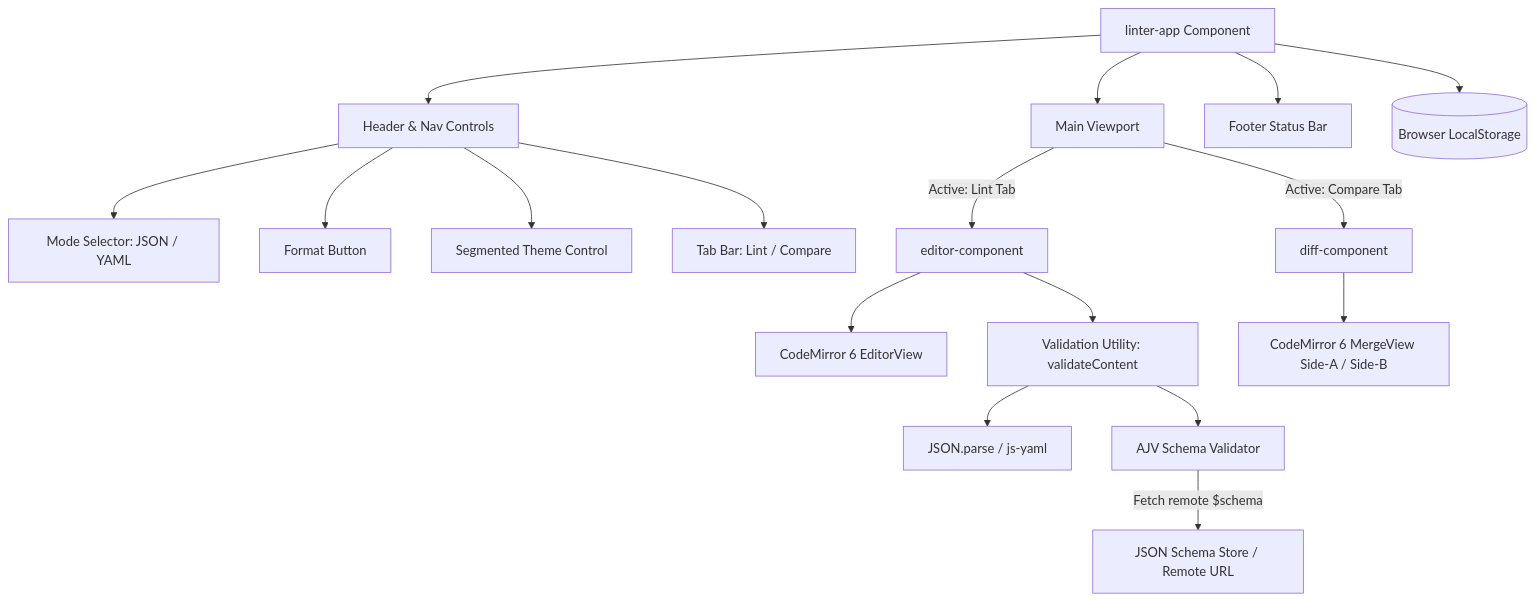
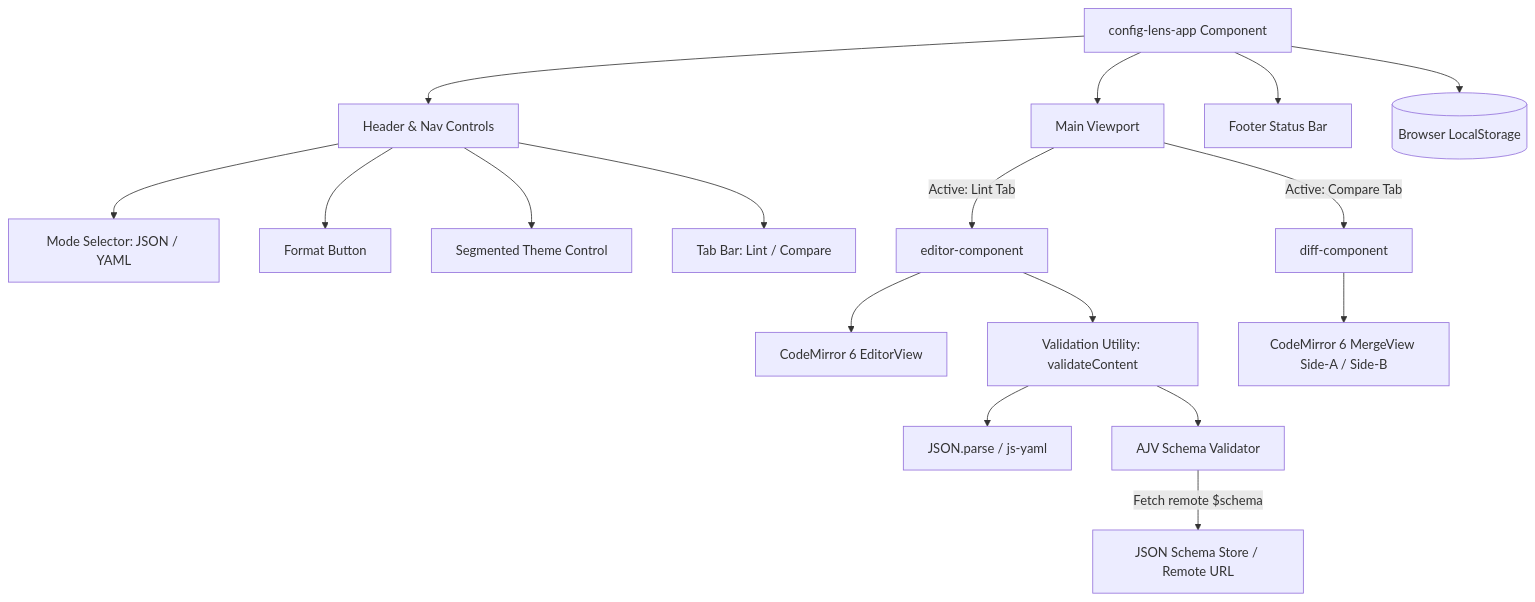
One commit to ChristopherZhong/config-lens changed the first of 2 diagrams in README.md. Above: the diagram before and after it, drawn with Mermaid. The commit also changed other lines of this file and 15 other files, not shown here.

First line of the commit message:
refactor: rename app from Linter.ai to ConfigLens

````diff
--- a/README.md
+++ b/README.md
@@ -39,24 +39,24 @@
 ```mermaid
 graph TD
-    App[linter-app Component] --> Header[Header & Nav Controls]
+    App[config-lens-app Component] --> Header[Header & Nav Controls]
     App --> MainPanel[Main Viewport]
     App --> Footer[Footer Status Bar]
 
     Header --> ModeSelect[Mode Selector: JSON / YAML]
     Header --> FormatBtn[Format Button]
     Header --> ThemeToggle[Segmented Theme Control]
     Header --> TabList[Tab Bar: Lint / Compare]
 
     MainPanel -->|Active: Lint Tab| EditorComp[editor-component]
     MainPanel -->|Active: Compare Tab| DiffComp[diff-component]
 
     EditorComp --> CM6_Editor[CodeMirror 6 EditorView]
     DiffComp --> CM6_Merge[CodeMirror 6 MergeView Side-A / Side-B]
 
     EditorComp --> ValUtil[Validation Utility: validateContent]
     ValUtil --> Parsers[JSON.parse / js-yaml]
     ValUtil --> SchemaVal[AJV Schema Validator]
     SchemaVal -->|Fetch remote $schema| SchemaStore[JSON Schema Store / Remote URL]
 
     App --> LocalStore[(Browser LocalStorage)]
 ```
````
